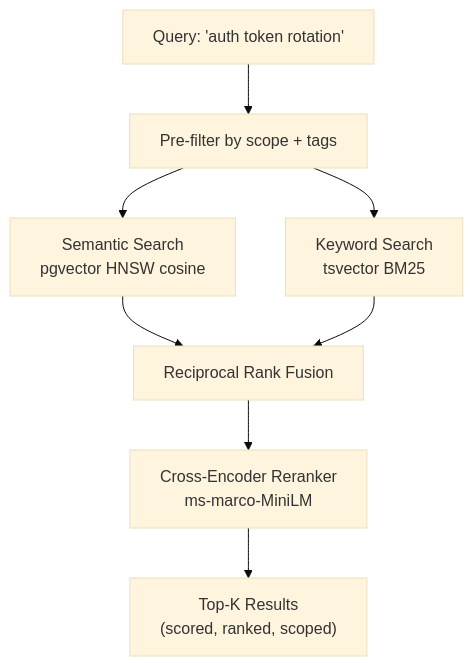
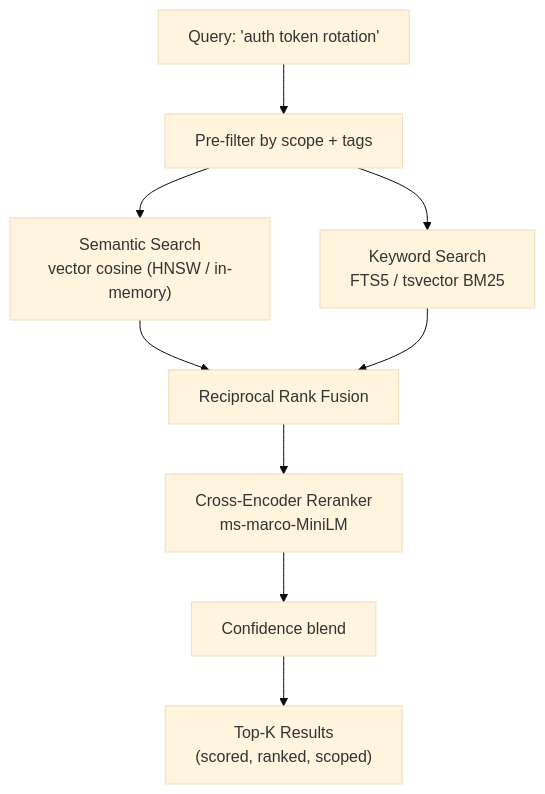
Before and after one commit to dyanko89/portfolio: the first of 4 diagrams in content/projects/memory-mcp.mdx, drawn with Mermaid (base theme). The commit also changed other lines of this file and 2 other files, not shown here.

Commit message:
Add Coordination Debt essay and reDonk case study; rewrite memory case study for the self-curating version

````diff
--- a/content/projects/memory-mcp.mdx
+++ b/content/projects/memory-mcp.mdx
@@ -102,10 +106,11 @@
 ```mermaid
 graph TD
     Q["Query: 'auth token rotation'"] --> P["Pre-filter by scope + tags"]
-    P --> S["Semantic Search<br/>pgvector HNSW cosine"]
-    P --> K["Keyword Search<br/>tsvector BM25"]
+    P --> S["Semantic Search<br/>vector cosine (HNSW / in-memory)"]
+    P --> K["Keyword Search<br/>FTS5 / tsvector BM25"]
     S --> F["Reciprocal Rank Fusion"]
     K --> F
     F --> R["Cross-Encoder Reranker<br/>ms-marco-MiniLM"]
-    R --> T["Top-K Results<br/>(scored, ranked, scoped)"]
+    R --> C["Confidence blend"]
+    C --> T["Top-K Results<br/>(scored, ranked, scoped)"]
 ```
````
